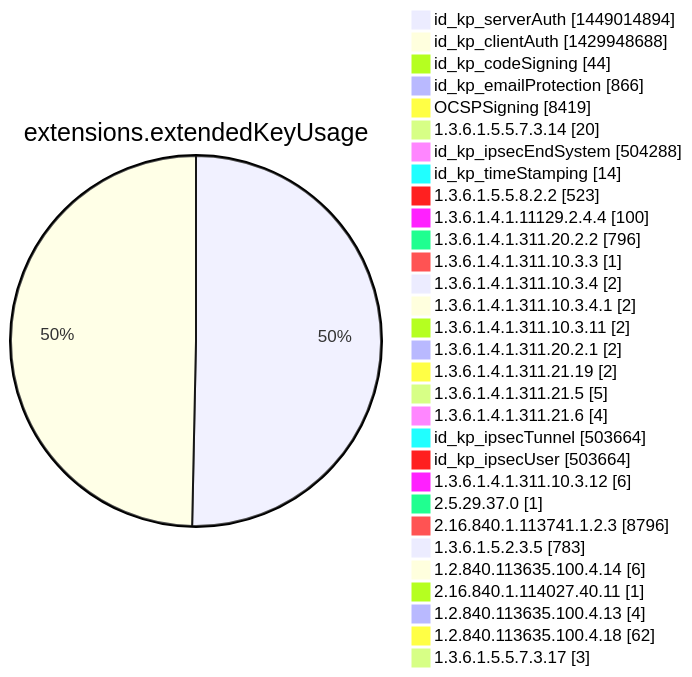
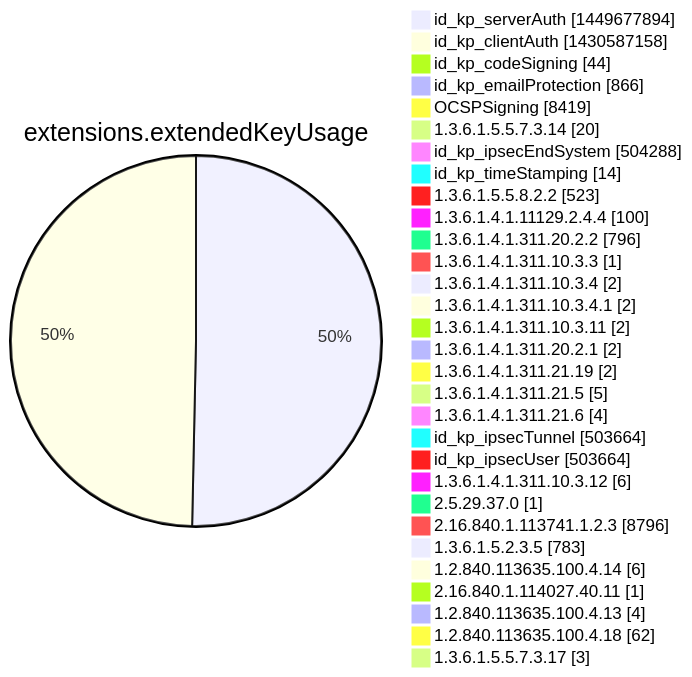
Diagram 12 of 15 in argon2022/README.md (christiankrug/ctmonitor_visualization), drawn with Mermaid before and after one commit. The commit also changed other lines of this file, not shown here.

````diff
--- a/argon2022/README.md
+++ b/argon2022/README.md
@@ -3555,34 +3555,34 @@
 ```mermaid
 pie showData
 title extensions.extendedKeyUsage
-"id_kp_serverAuth" :1449014894
-"id_kp_clientAuth" :1429948688
+"id_kp_serverAuth" :1449677894
+"id_kp_clientAuth" :1430587158
 "id_kp_codeSigning" :44
 "id_kp_emailProtection" :866
 "OCSPSigning" :8419
 "1.3.6.1.5.5.7.3.14" :20
 "id_kp_ipsecEndSystem" :504288
 "id_kp_timeStamping" :14
 "1.3.6.1.5.5.8.2.2" :523
 "1.3.6.1.4.1.11129.2.4.4" :100
 "1.3.6.1.4.1.311.20.2.2" :796
 "1.3.6.1.4.1.311.10.3.3" :1
 "1.3.6.1.4.1.311.10.3.4" :2
 "1.3.6.1.4.1.311.10.3.4.1" :2
 "1.3.6.1.4.1.311.10.3.11" :2
 "1.3.6.1.4.1.311.20.2.1" :2
 "1.3.6.1.4.1.311.21.19" :2
 "1.3.6.1.4.1.311.21.5" :5
 "1.3.6.1.4.1.311.21.6" :4
 "id_kp_ipsecTunnel" :503664
 "id_kp_ipsecUser" :503664
 "1.3.6.1.4.1.311.10.3.12" :6
 "2.5.29.37.0" :1
 "2.16.840.1.113741.1.2.3" :8796
 "1.3.6.1.5.2.3.5" :783
 "1.2.840.113635.100.4.14" :6
 "2.16.840.1.114027.40.11" :1
 "1.2.840.113635.100.4.13" :4
 "1.2.840.113635.100.4.18" :62
 "1.3.6.1.5.5.7.3.17" :3
 ```
````
